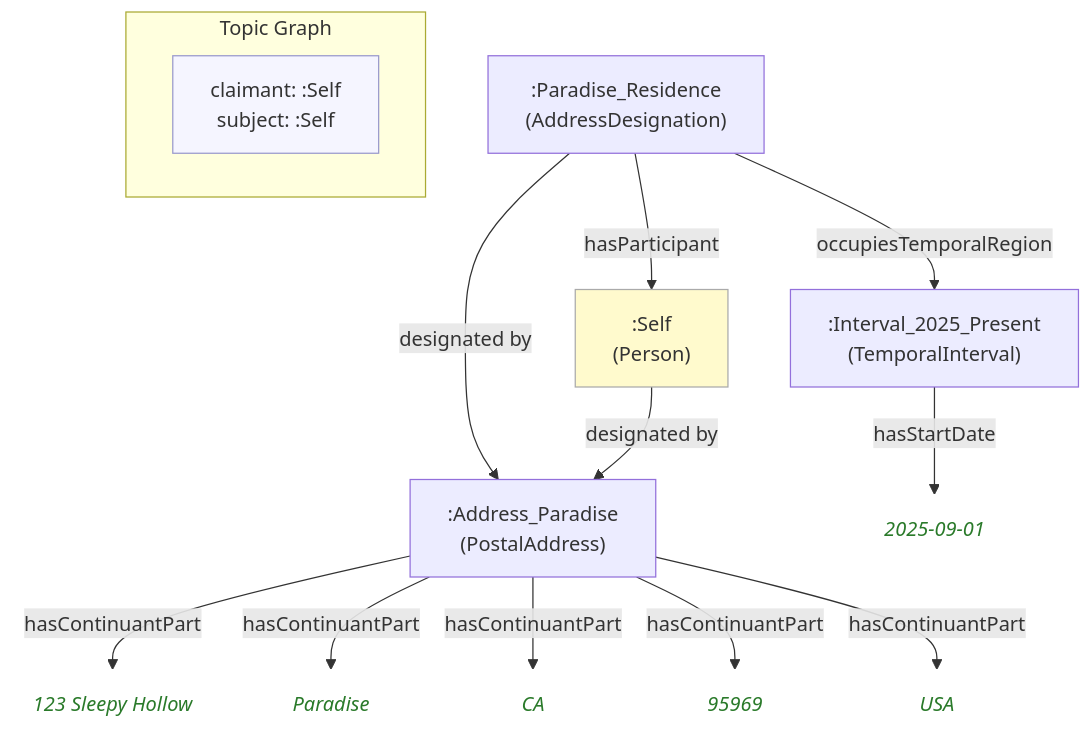
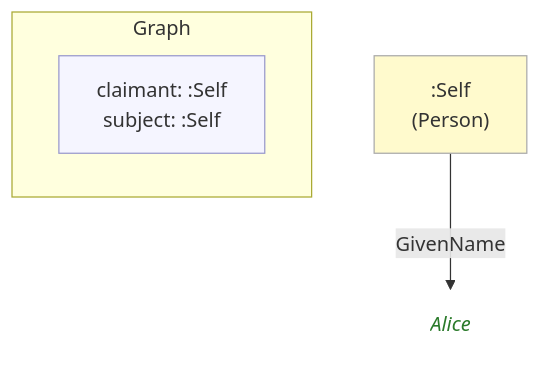
One commit to MeeFoundation/mia-ontologies changed the diagram in example/graphs/images/graph-18.mmd. Above: the diagram before and after it, drawn with Mermaid. The commit also changed 101 other files, not shown here.

```diff
--- a/example/graphs/images/graph-18.mmd
+++ b/example/graphs/images/graph-18.mmd
@@ -1,33 +1,15 @@
 flowchart TD
     classDef person fill:#fffacd,stroke:#aaa,color:#333
-    classDef grp    fill:#d4edda,stroke:#aaa,color:#333
     classDef org    fill:#cce5ff,stroke:#aaa,color:#333
     classDef lit    fill:none,stroke:none,font-style:italic,color:#2a7a2a
     classDef meta   fill:#f5f5ff,stroke:#9999cc,color:#333
 
-    subgraph ctx["Topic Graph"]
+    subgraph ctx["Graph"]
         direction LR
         ctx_meta["claimant: :Self\nsubject: :Self"]:::meta
     end
 
-    ndbcf44a48000[":Address_Paradise\n(PostalAddress)"]
-    n9fb7c56efd42("123 Sleepy Hollow"):::lit
-    nc3c833ec2b12("Paradise"):::lit
-    n3f94fa45c8de("CA"):::lit
-    n341443052c02("95969"):::lit
-    n2a9957433d92("USA"):::lit
-    naf26563dc3c8[":Interval_2025_Present\n(TemporalInterval)"]
-    n8987ca649e35("2025-09-01"):::lit
-    n0eecd6ebe039[":Paradise_Residence\n(AddressDesignation)"]
     ne0c3ba92f1db[":Self\n(Person)"]:::person
+    n6210340cd160("Alice"):::lit
 
-    ndbcf44a48000 -->|"hasContinuantPart"| n9fb7c56efd42
-    ndbcf44a48000 -->|"hasContinuantPart"| nc3c833ec2b12
-    ndbcf44a48000 -->|"hasContinuantPart"| n3f94fa45c8de
-    ndbcf44a48000 -->|"hasContinuantPart"| n341443052c02
-    ndbcf44a48000 -->|"hasContinuantPart"| n2a9957433d92
-    naf26563dc3c8 -->|"hasStartDate"| n8987ca649e35
-    n0eecd6ebe039 -->|"hasParticipant"| ne0c3ba92f1db
-    n0eecd6ebe039 -->|"designated by"| ndbcf44a48000
-    n0eecd6ebe039 -->|"occupiesTemporalRegion"| naf26563dc3c8
-    ne0c3ba92f1db -->|"designated by"| ndbcf44a48000
+    ne0c3ba92f1db -->|"GivenName"| n6210340cd160
```
